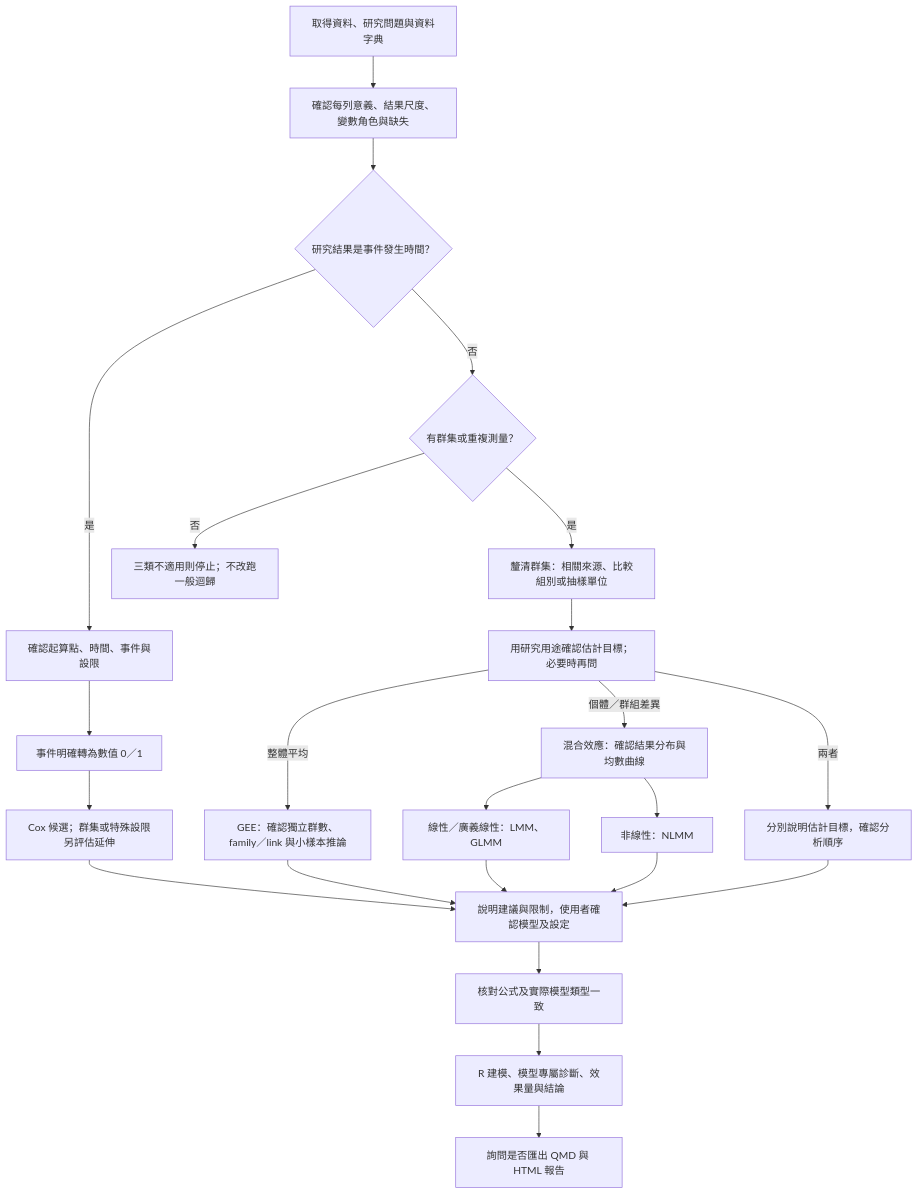
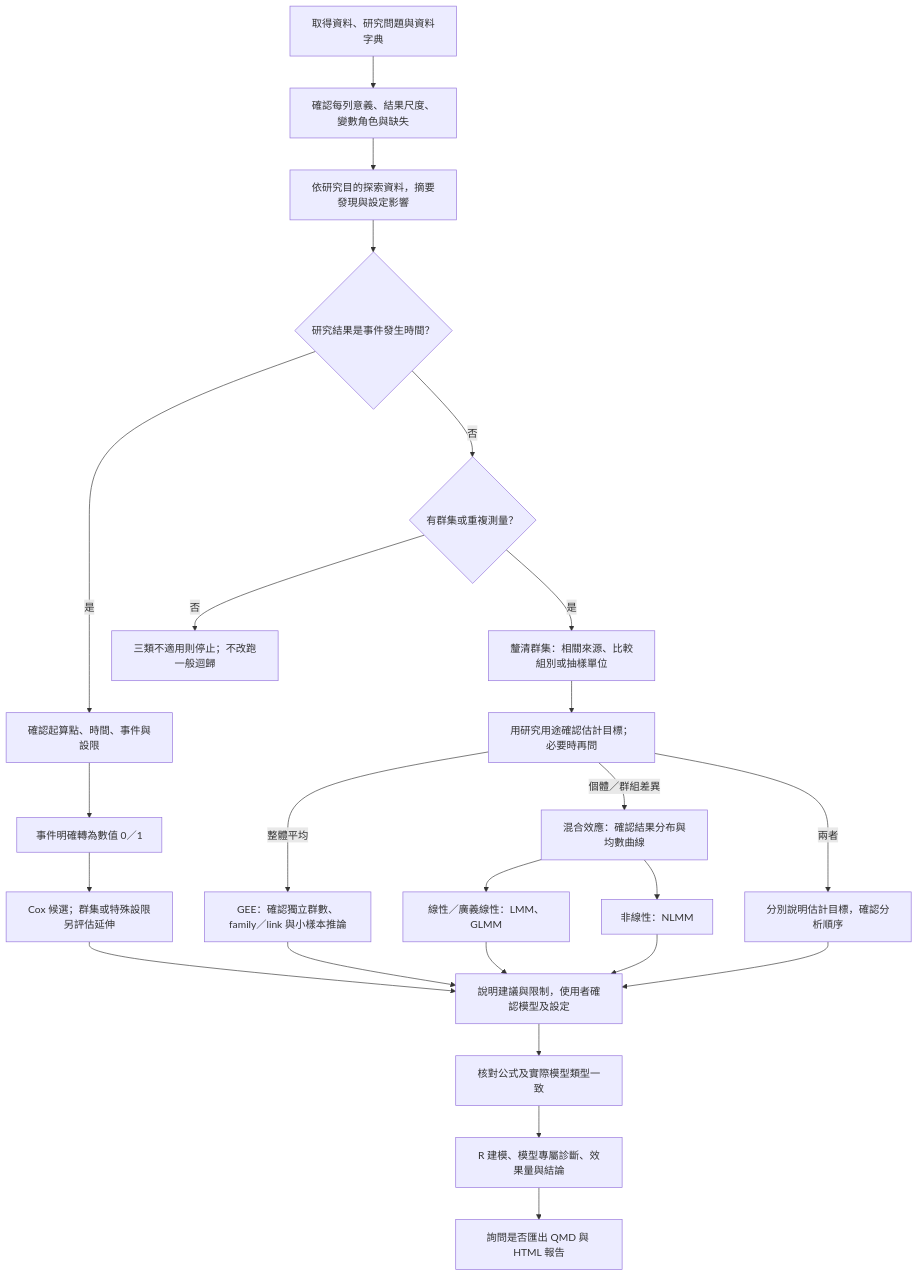
One commit to r26144021-ux/Regression-for-Complex-Outcome changed the diagram in cluster-survival-r/references/decision-tree.md. Above: the diagram before and after it, drawn with Mermaid. The commit also changed other lines of this file and 2 other files, not shown here.

````diff
--- a/cluster-survival-r/references/decision-tree.md
+++ b/cluster-survival-r/references/decision-tree.md
@@ -5,25 +5,26 @@
 ```mermaid
 flowchart TD
  A[取得資料、研究問題與資料字典] --> B[確認每列意義、結果尺度、變數角色與缺失]
- B --> C{研究結果是事件發生時間？}
+ B --> X[依研究目的探索資料，摘要發現與設定影響]
+ X --> C{研究結果是事件發生時間？}
  C -->|是| D[確認起算點、時間、事件與設限]
  D --> E[事件明確轉為數值 0／1]
  E --> F[Cox 候選；群集或特殊設限另評估延伸]
  C -->|否| G{有群集或重複測量？}
  G -->|否| H[三類不適用則停止；不改跑一般迴歸]
  G -->|是| R[釐清群集：相關來源、比較組別或抽樣單位]
  R --> I[用研究用途確認估計目標；必要時再問]
  I -->|整體平均| J[GEE：確認獨立群數、family／link 與小樣本推論]
  I -->|個體／群組差異| K[混合效應：確認結果分布與均數曲線]
  I -->|兩者| L[分別說明估計目標，確認分析順序]
  K --> M[線性／廣義線性：LMM、GLMM]
  K --> P[非線性：NLMM]
  F --> N[說明建議與限制，使用者確認模型及設定]
  J --> N
  M --> N
  P --> N
  L --> N
  N --> V[核對公式及實際模型類型一致]
  V --> O[R 建模、模型專屬診斷、效果量與結論]
  O --> Q[詢問是否匯出 QMD 與 HTML 報告]
 ```
````
